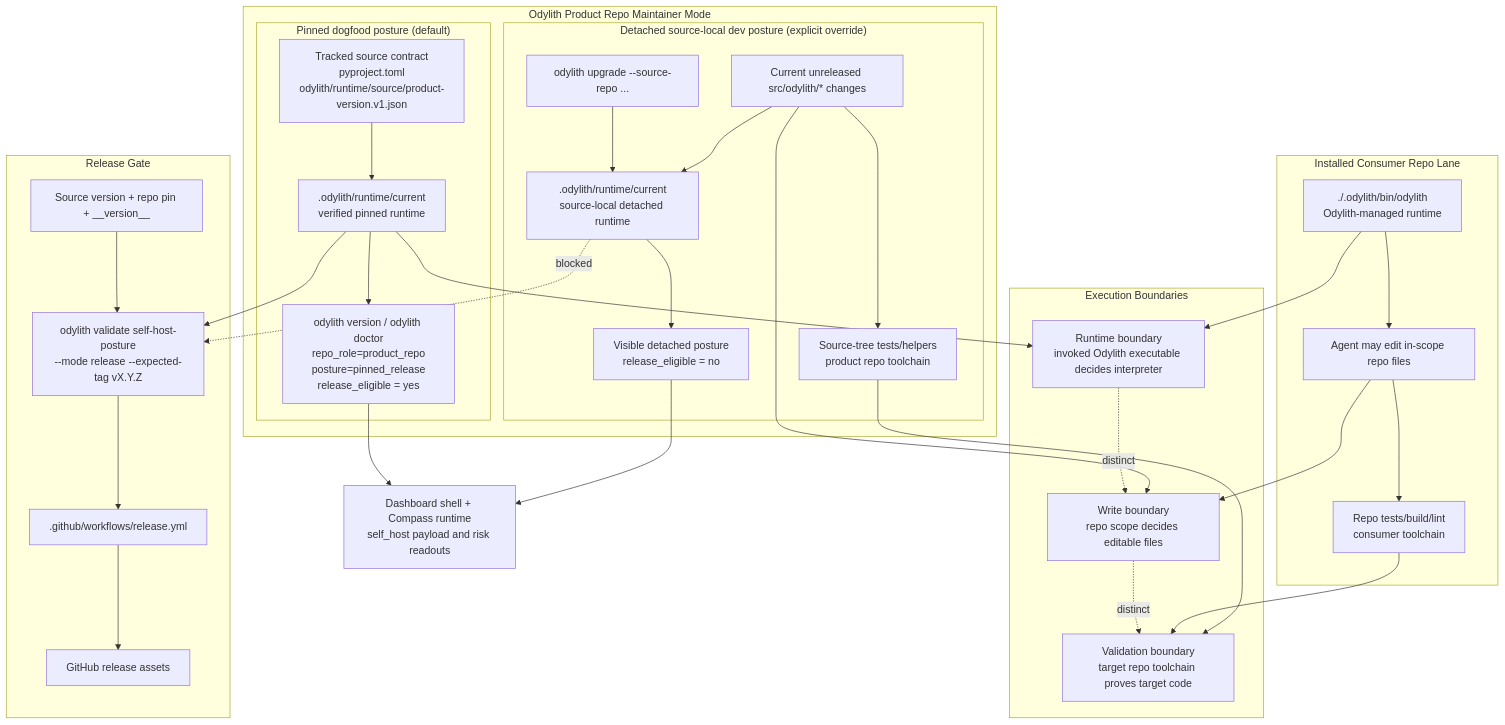
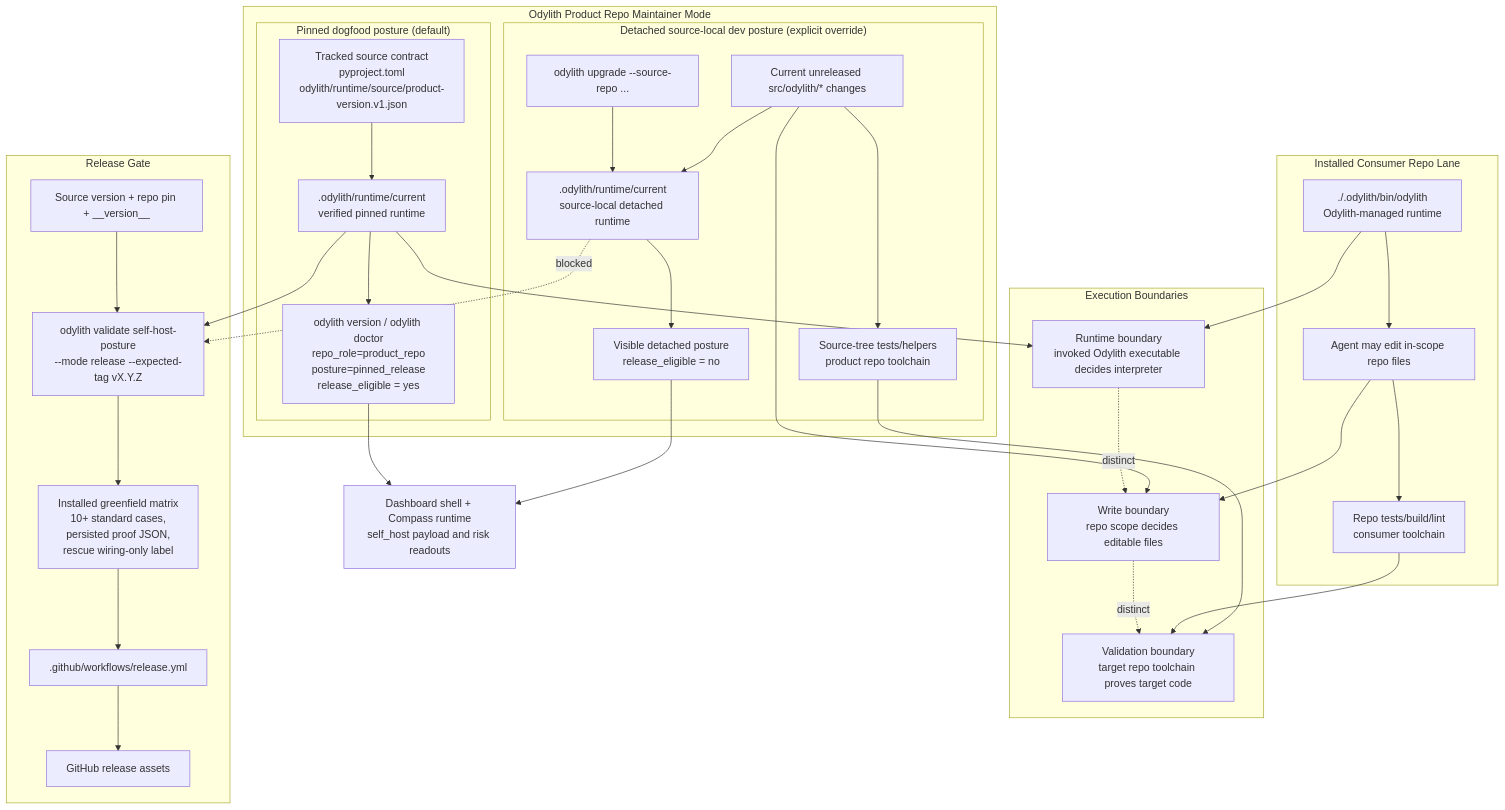
The diagram in odylith/atlas/source/odylith-self-host-runtime-and-release-gate.mmd (odylith/odylith), drawn with Mermaid before and after one commit. The commit also changed 45 other files, not shown here.

Commit message:
Gate greenfield matrix release proof

```diff
--- a/odylith/atlas/source/odylith-self-host-runtime-and-release-gate.mmd
+++ b/odylith/atlas/source/odylith-self-host-runtime-and-release-gate.mmd
@@ -1,54 +1,55 @@
 flowchart TB
     subgraph Consumer["Installed Consumer Repo Lane"]
         ConsumerLauncher["./.odylith/bin/odylith<br/>Odylith-managed runtime"]
         ConsumerWrites["Agent may edit in-scope repo files"]
         ConsumerToolchain["Repo tests/build/lint<br/>consumer toolchain"]
         ConsumerLauncher --> ConsumerWrites --> ConsumerToolchain
     end
 
     subgraph Maintainer["Odylith Product Repo Maintainer Mode"]
         subgraph Dogfood["Pinned dogfood posture (default)"]
             Source["Tracked source contract<br/>pyproject.toml<br/>odylith/runtime/source/product-version.v1.json"]
             Runtime[".odylith/runtime/current<br/>verified pinned runtime"]
             Status["odylith version / odylith doctor<br/>repo_role=product_repo<br/>posture=pinned_release<br/>release_eligible = yes"]
             Source --> Runtime --> Status
         end
 
         subgraph Dev["Detached source-local dev posture (explicit override)"]
             Override["odylith upgrade --source-repo ..."]
             Detached[".odylith/runtime/current<br/>source-local detached runtime"]
             LiveSource["Current unreleased src/odylith/* changes"]
             DevHelpers["Source-tree tests/helpers<br/>product repo toolchain"]
             DetachedStatus["Visible detached posture<br/>release_eligible = no"]
             Override --> Detached --> DetachedStatus
             LiveSource --> Detached
             LiveSource --> DevHelpers
         end
     end
 
     subgraph Boundaries["Execution Boundaries"]
         RuntimeBoundary["Runtime boundary<br/>invoked Odylith executable decides interpreter"]
         WriteBoundary["Write boundary<br/>repo scope decides editable files"]
         ValidationBoundary["Validation boundary<br/>target repo toolchain proves target code"]
         RuntimeBoundary -. distinct .-> WriteBoundary
         WriteBoundary -. distinct .-> ValidationBoundary
     end
 
     subgraph Gate["Release Gate"]
         Pin["Source version + repo pin + __version__"]
         Validate["odylith validate self-host-posture<br/>--mode release --expected-tag vX.Y.Z"]
+        Matrix["Installed greenfield matrix<br/>10+ standard cases,<br/>persisted proof JSON,<br/>rescue wiring-only label"]
         Workflow[".github/workflows/release.yml"]
         Publish["GitHub release assets"]
-        Pin --> Validate --> Workflow --> Publish
+        Pin --> Validate --> Matrix --> Workflow --> Publish
     end
 
     ConsumerLauncher --> RuntimeBoundary
     ConsumerWrites --> WriteBoundary
     ConsumerToolchain --> ValidationBoundary
     Runtime --> RuntimeBoundary
     LiveSource --> WriteBoundary
     DevHelpers --> ValidationBoundary
     Runtime --> Validate
     Detached -. blocked .-> Validate
     Status --> Readouts["Dashboard shell + Compass runtime<br/>self_host payload and risk readouts"]
     DetachedStatus --> Readouts
```
